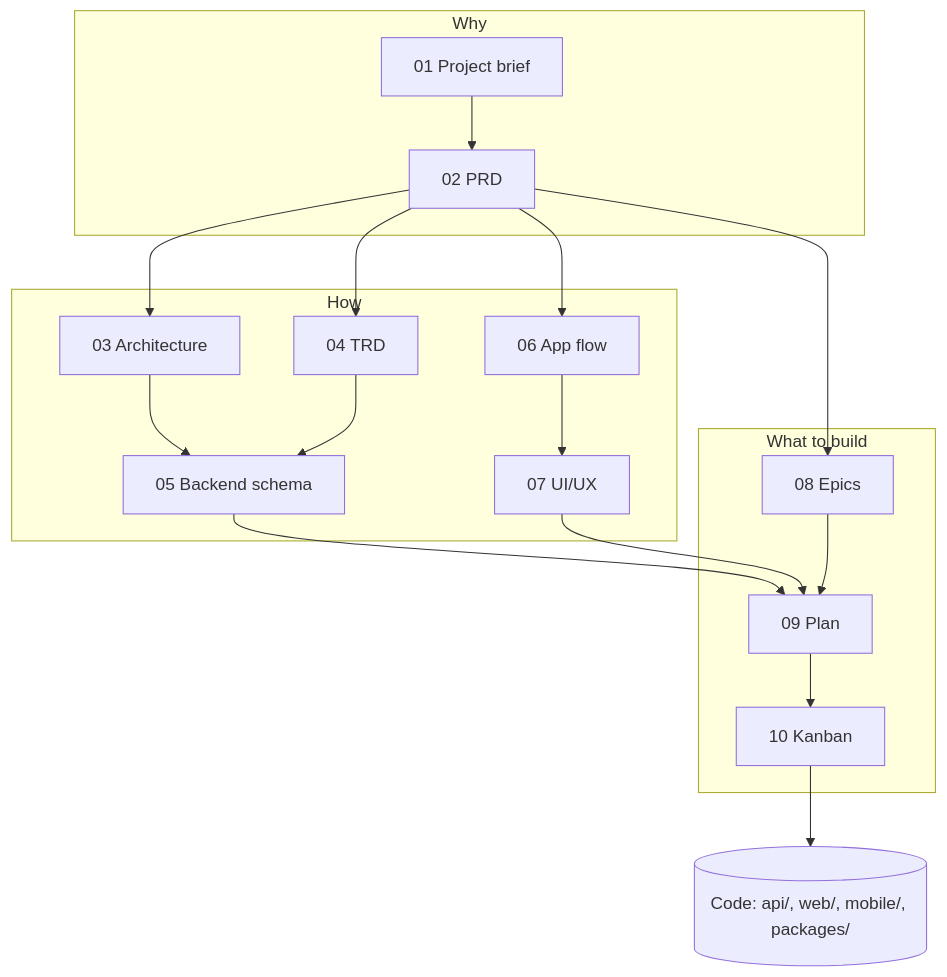
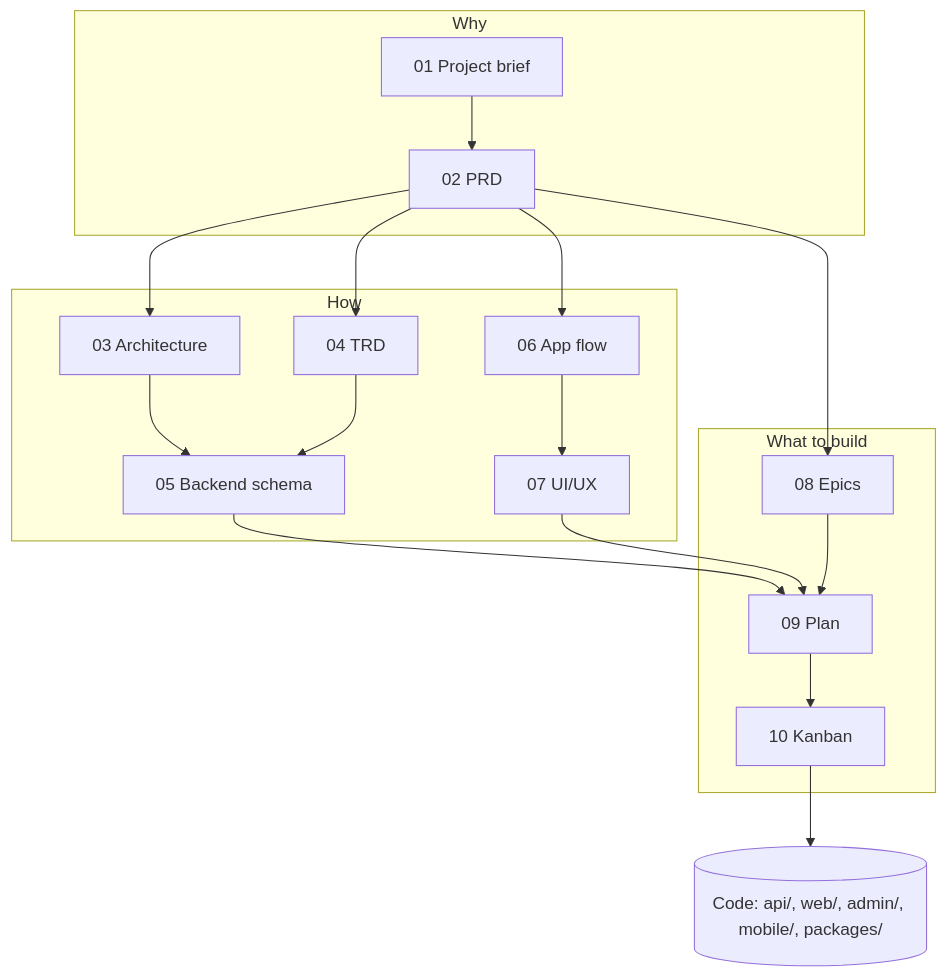
The second of 2 diagrams in docs/00_INDEX.md (maximejolivet/ludmigo), drawn with Mermaid before and after one commit. The commit also changed other lines of this file and 7 other files, not shown here.

````diff
--- a/docs/00_INDEX.md
+++ b/docs/00_INDEX.md
@@ -110,38 +110,38 @@
 ```mermaid
 flowchart TD
     D01["01 Project brief"]
     D02["02 PRD"]
     D03["03 Architecture"]
     D04["04 TRD"]
     D05["05 Backend schema"]
     D06["06 App flow"]
     D07["07 UI/UX"]
     D08["08 Epics"]
     D09["09 Plan"]
     D10["10 Kanban"]
-    CODE[("Code: api/, web/, mobile/, packages/")]
+    CODE[("Code: api/, web/, admin/, mobile/, packages/")]
 
     D01 --> D02
     D02 --> D03 & D04 & D06 & D08
     D03 & D04 --> D05
     D06 --> D07
     D05 & D07 & D08 --> D09 --> D10
     D10 --> CODE
 
     subgraph WHY["Why"]
         D01
         D02
     end
     subgraph HOW["How"]
         D03
         D04
         D05
         D06
         D07
     end
     subgraph DO["What to build"]
         D08
         D09
         D10
     end
 ```
````
